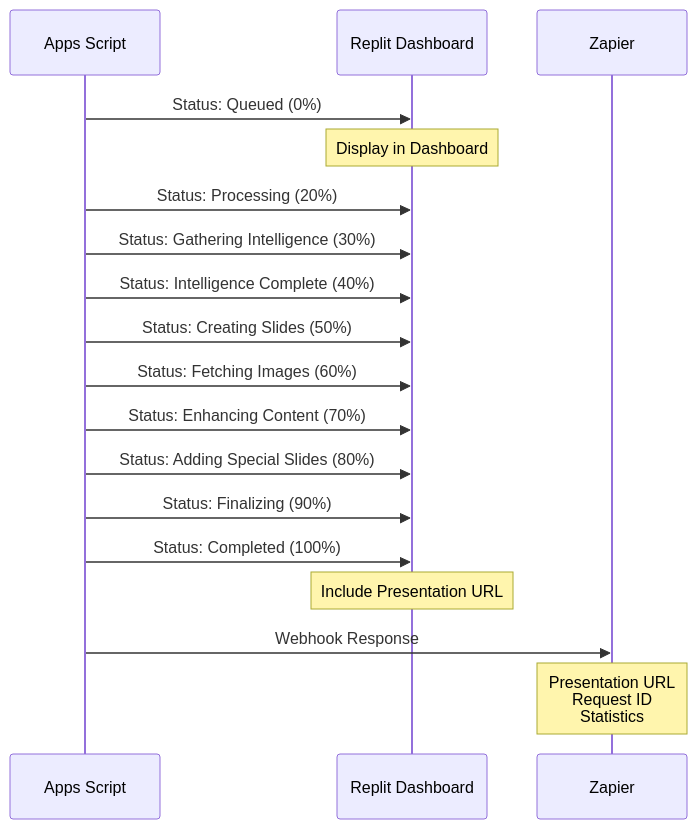
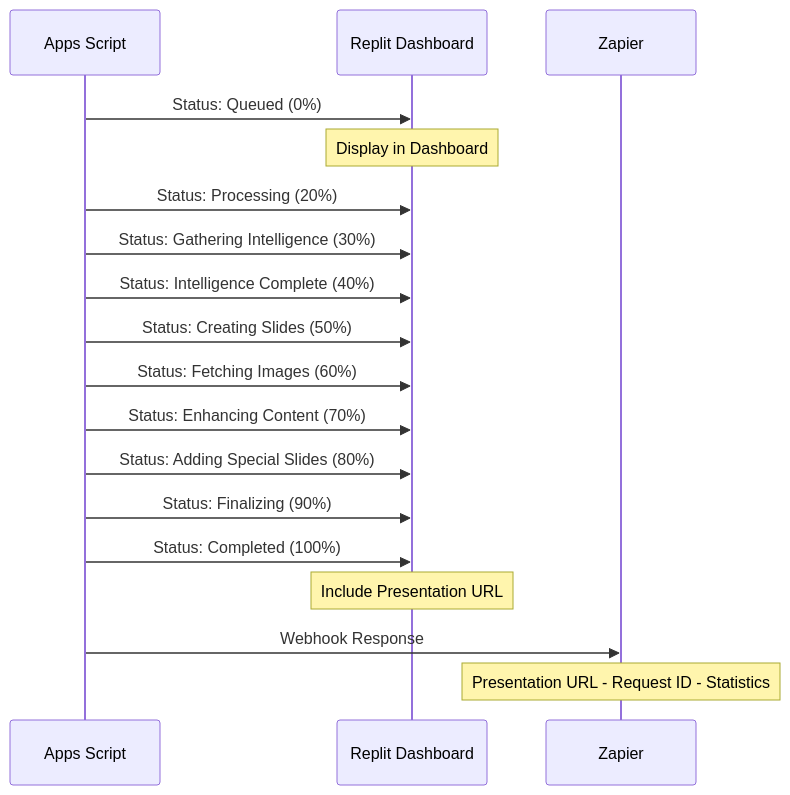
Before and after one commit to ethansammiq/slide_deck_glean_integration: the sixth of 10 diagrams in SYSTEM_FLOW_DOCUMENTATION.md, drawn with Mermaid. The commit also changed other lines of this file, not shown here.

First line of the commit message:
fix: Fix Mermaid diagram syntax for GitHub compatibility

````diff
--- a/SYSTEM_FLOW_DOCUMENTATION.md
+++ b/SYSTEM_FLOW_DOCUMENTATION.md
@@ -246,23 +246,23 @@
 ```mermaid
 sequenceDiagram
     participant AS as Apps Script
     participant RP as Replit Dashboard
     participant Z as Zapier
     
     AS->>RP: Status: Queued (0%)
     Note over RP: Display in Dashboard
     
     AS->>RP: Status: Processing (20%)
     AS->>RP: Status: Gathering Intelligence (30%)
     AS->>RP: Status: Intelligence Complete (40%)
     AS->>RP: Status: Creating Slides (50%)
     AS->>RP: Status: Fetching Images (60%)
     AS->>RP: Status: Enhancing Content (70%)
     AS->>RP: Status: Adding Special Slides (80%)
     AS->>RP: Status: Finalizing (90%)
     AS->>RP: Status: Completed (100%)
     Note over RP: Include Presentation URL
     
     AS->>Z: Webhook Response
-    Note over Z: Presentation URL<br/>Request ID<br/>Statistics
+    Note over Z: Presentation URL - Request ID - Statistics
 ```
````
